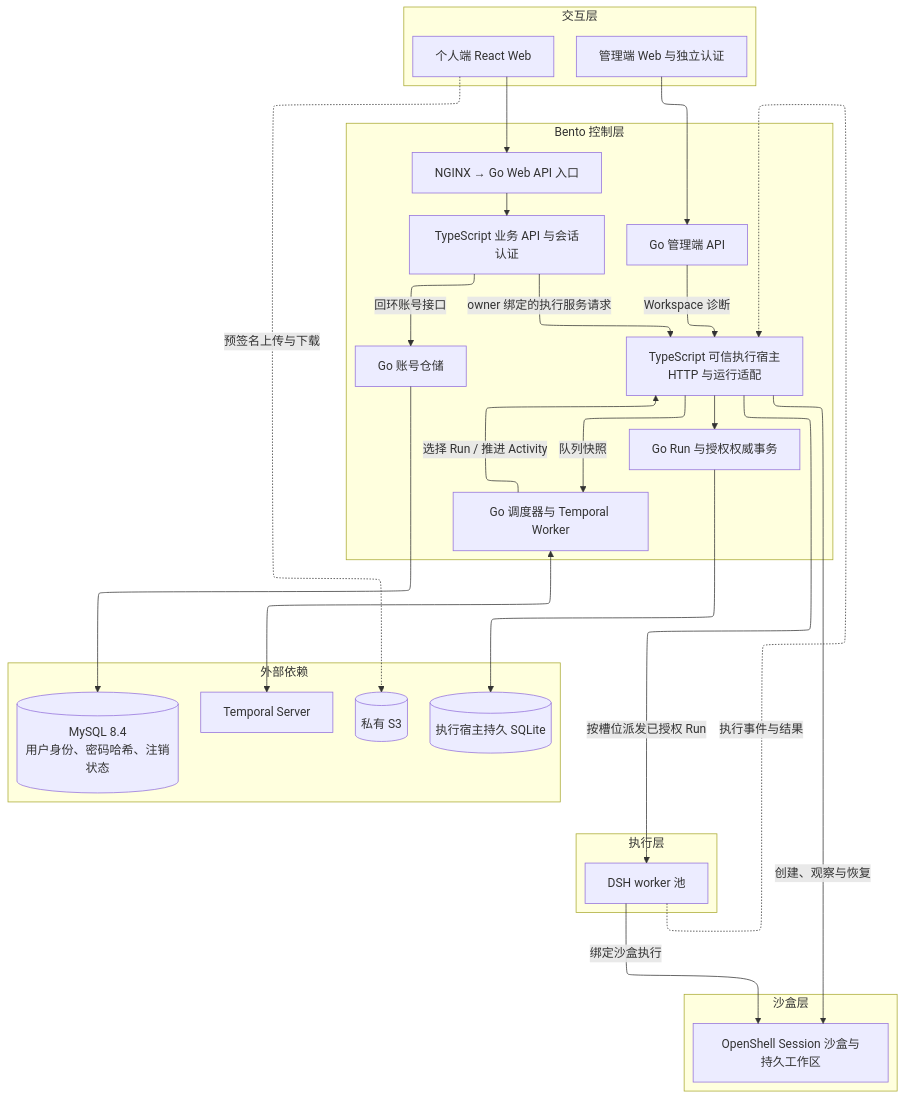
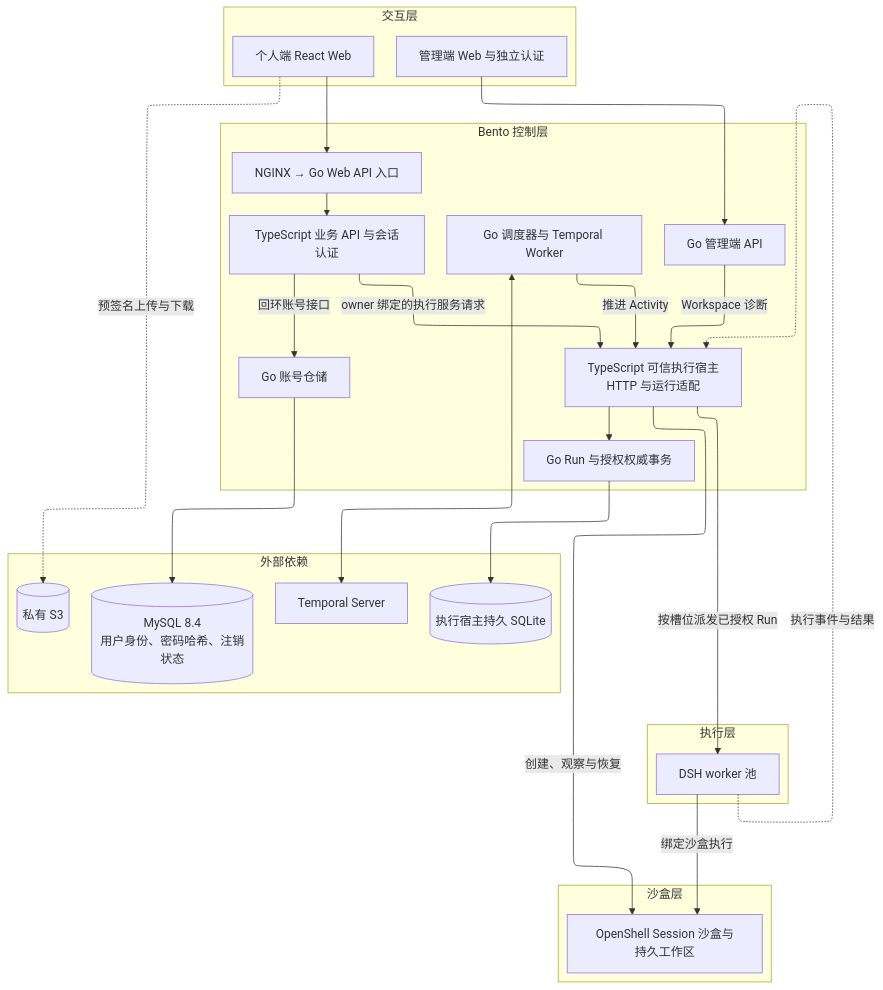
The diagram in docs/00-governance/ARCHITECTURE.md (thundax-lyp/bento), drawn with Mermaid before and after one commit. The commit also changed other lines of this file and 18 other files, not shown here.

````diff
--- a/docs/00-governance/ARCHITECTURE.md
+++ b/docs/00-governance/ARCHITECTURE.md
@@ -39,49 +39,48 @@
 ```mermaid
 ---
 config:
   layout: elk
 ---
 flowchart TB
     subgraph UI["交互层"]
         Web["个人端 React Web"]
         Admin["管理端 Web 与独立认证"]
     end
     subgraph Control["Bento 控制层"]
         Entry["NGINX → Go Web API 入口"]
         Task["TypeScript 业务 API 与会话认证"]
         Accounts["Go 账号仓储"]
         GoScheduler["Go 调度器与 Temporal Worker"]
         Host["TypeScript 可信执行宿主<br/>HTTP 与运行适配"]
         GoAuthority["Go Run 与授权权威事务"]
         AdminAPI["Go 管理端 API"]
         Entry --> Task
         Task -->|"owner 绑定的执行服务请求"| Host
         AdminAPI -->|"Workspace 诊断"| Host
         Host --> GoAuthority
-        Host -->|"队列快照"| GoScheduler
-        GoScheduler -->|"选择 Run / 推进 Activity"| Host
+        GoScheduler -->|"推进 Activity"| Host
     end
     subgraph Execution["执行层"]
         DSH["DSH worker 池"]
     end
     subgraph Sandbox["沙盒层"]
         OpenShell["OpenShell Session 沙盒与持久工作区"]
     end
     subgraph Dependencies["外部依赖"]
         MySQL[("MySQL 8.4<br/>用户身份、密码哈希、注销状态")]
         Temporal["Temporal Server"]
         State[("执行宿主持久 SQLite")]
         S3[("私有 S3")]
     end
     Web --> Entry
     Admin --> AdminAPI
     Task -->|"回环账号接口"| Accounts
     Accounts --> MySQL
     GoScheduler <--> Temporal
     GoAuthority --> State
     Host -->|"按槽位派发已授权 Run"| DSH
     DSH -.->|"执行事件与结果"| Host
     Host -->|"创建、观察与恢复"| OpenShell
     DSH -->|"绑定沙盒执行"| OpenShell
     Web -.->|"预签名上传与下载"| S3
 ```
````
